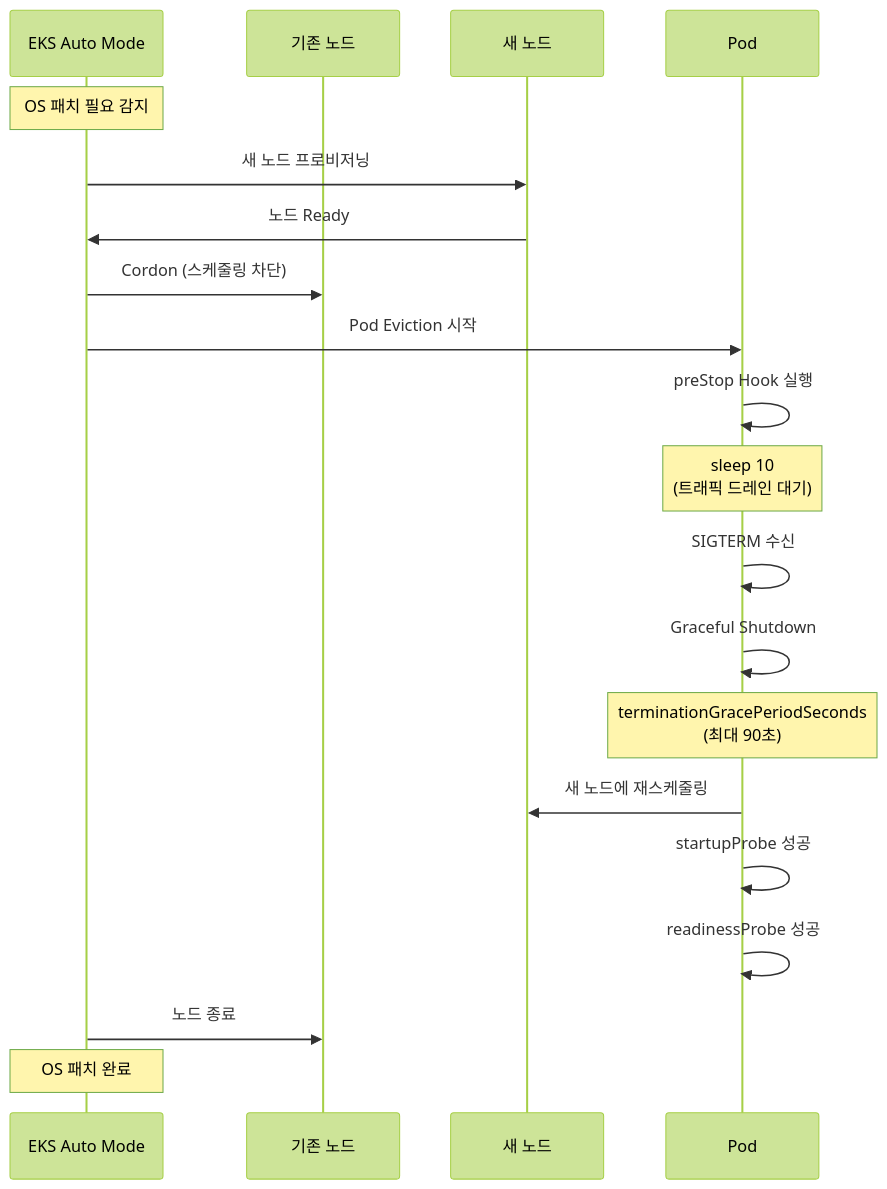
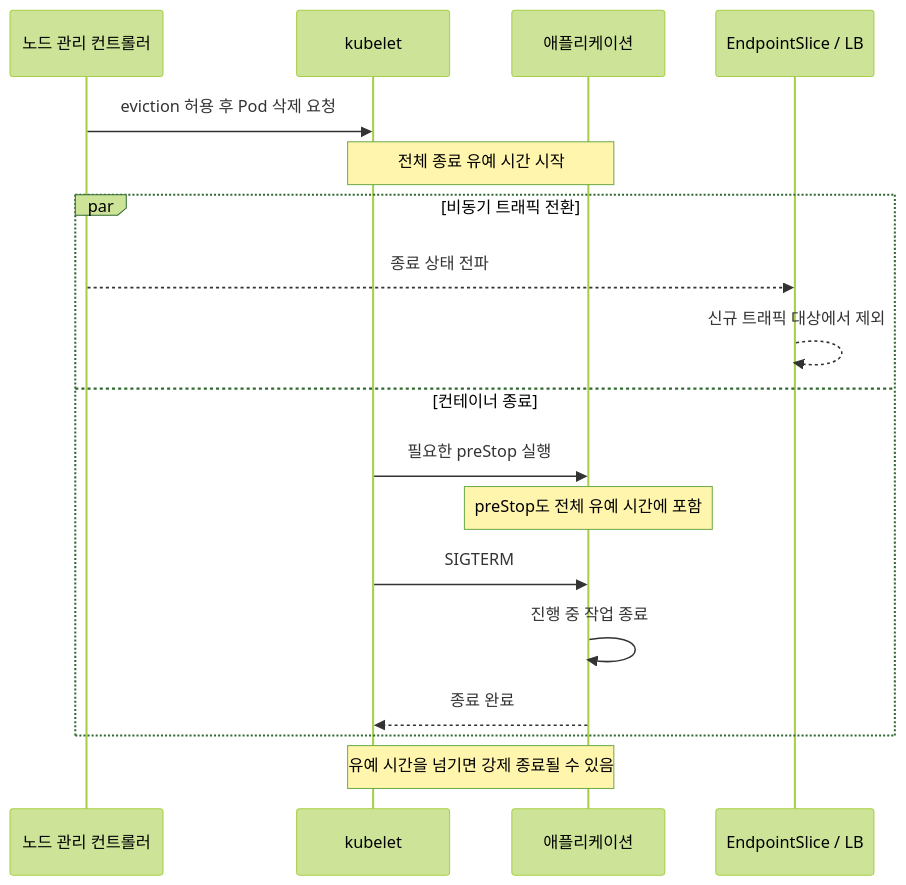
Before and after one commit to devfloor9/engineering-playbook: the diagram in docs/eks-best-practices/operations-reliability/pod-lifecycle/auto-mode-checklist.md, drawn with Mermaid (forest theme). The commit also changed other lines of this file, not shown here.

First line of the commit message:
fix(docs): base Auto Mode lifecycle settings on measured budgets

````diff
--- a/docs/eks-best-practices/operations-reliability/pod-lifecycle/auto-mode-checklist.md
+++ b/docs/eks-best-practices/operations-reliability/pod-lifecycle/auto-mode-checklist.md
@@ -167,30 +140,20 @@
 ```mermaid
 sequenceDiagram
-    participant AutoMode as EKS Auto Mode
-    participant Node_Old as 기존 노드
-    participant Node_New as 새 노드
-    participant Pod as Pod
-
-    Note over AutoMode: OS 패치 필요 감지
-
-    AutoMode->>Node_New: 새 노드 프로비저닝
-    Node_New->>AutoMode: 노드 Ready
-
-    AutoMode->>Node_Old: Cordon (스케줄링 차단)
-    AutoMode->>Pod: Pod Eviction 시작
-
-    Pod->>Pod: preStop Hook 실행
-    Note over Pod: sleep 10<br/>(트래픽 드레인 대기)
-
-    Pod->>Pod: SIGTERM 수신
-    Pod->>Pod: Graceful Shutdown
-    Note over Pod: terminationGracePeriodSeconds<br/>(최대 90초)
-
-    Pod->>Node_New: 새 노드에 재스케줄링
-    Pod->>Pod: startupProbe 성공
-    Pod->>Pod: readinessProbe 성공
-
-    AutoMode->>Node_Old: 노드 종료
-
-    Note over AutoMode: OS 패치 완료
+    participant Controller as 노드 관리 컨트롤러
+    participant Kubelet as kubelet
+    participant App as 애플리케이션
+    participant Traffic as EndpointSlice / LB
+    Controller->>Kubelet: eviction 허용 후 Pod 삭제 요청
+    Note over Kubelet,App: 전체 종료 유예 시간 시작
+    par 비동기 트래픽 전환
+      Controller-->>Traffic: 종료 상태 전파
+      Traffic-->>Traffic: 신규 트래픽 대상에서 제외
+    and 컨테이너 종료
+      Kubelet->>App: 필요한 preStop 실행
+      Note over App: preStop도 전체 유예 시간에 포함
+      Kubelet->>App: SIGTERM
+      App->>App: 진행 중 작업 종료
+      App-->>Kubelet: 종료 완료
+    end
+    Note over Kubelet,App: 유예 시간을 넘기면 강제 종료될 수 있음
 ```
````
